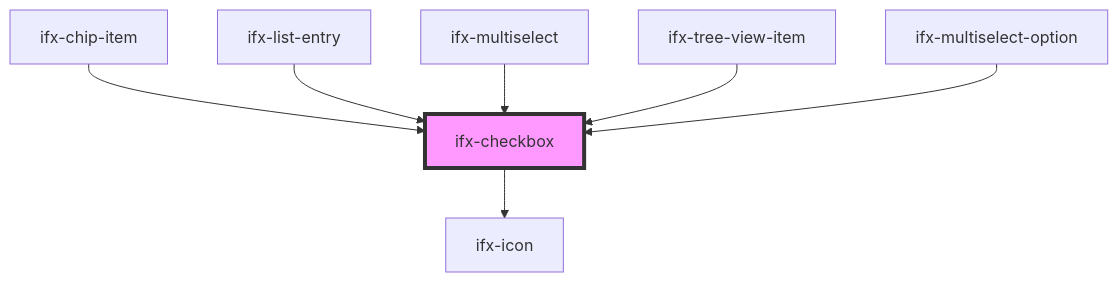
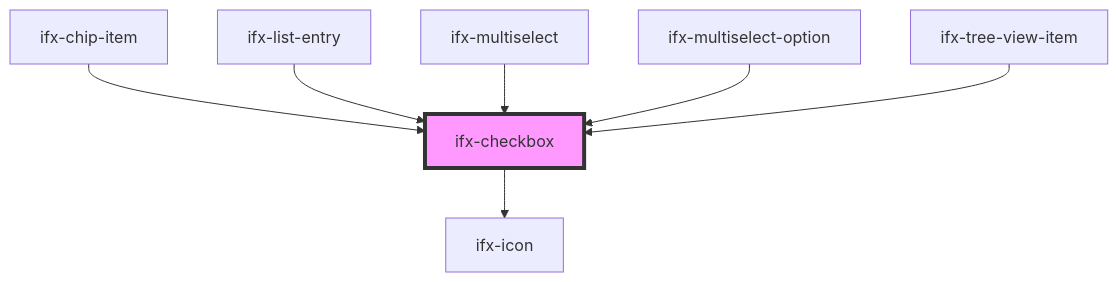
One commit to Infineon/infineon-design-system-stencil changed the diagram in packages/components/src/components/checkbox/readme.md. Above: the diagram before and after it, drawn with Mermaid. The commit also changed other lines of this file and 1 other file, not shown here.

````diff
--- a/packages/components/src/components/checkbox/readme.md
+++ b/packages/components/src/components/checkbox/readme.md
@@ -72,10 +72,10 @@
 ```mermaid
 graph TD;
   ifx-checkbox --> ifx-icon
   ifx-chip-item --> ifx-checkbox
   ifx-list-entry --> ifx-checkbox
   ifx-multiselect --> ifx-checkbox
+  ifx-multiselect-option --> ifx-checkbox
   ifx-tree-view-item --> ifx-checkbox
-  ifx-multiselect-option --> ifx-checkbox
   style ifx-checkbox fill:#f9f,stroke:#333,stroke-width:4px
 ```
````
